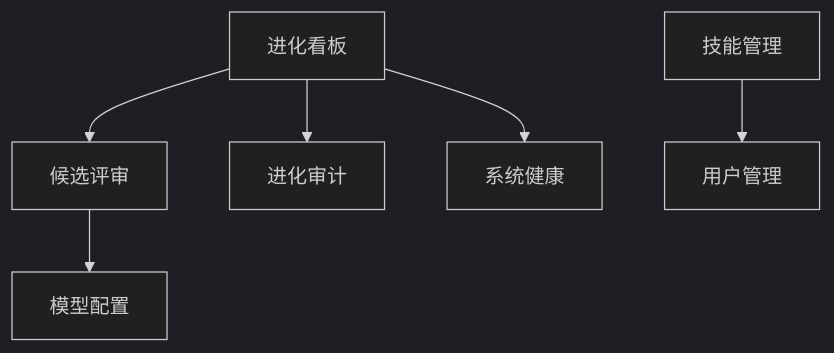
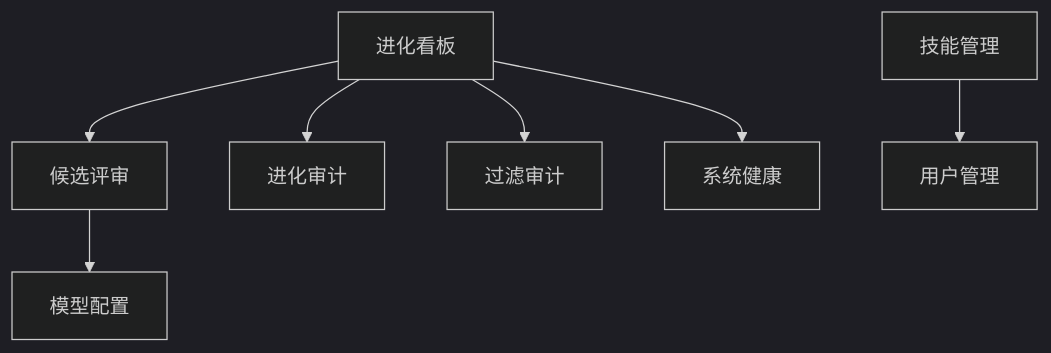
The second of 3 diagrams in README.md (leoriczhang/teamEvolver), drawn with Mermaid (dark theme) before and after one commit. The commit also changed other lines of this file and 1 other file, not shown here.

````diff
--- a/README.md
+++ b/README.md
@@ -206,16 +243,18 @@
 ```mermaid
 flowchart TB
     Home["进化看板"]
     Candidates["候选评审"]
     Audit["进化审计"]
+    Filter["过滤审计"]
     Health["系统健康"]
     Skills["技能管理"]
     Users["用户管理"]
     Model["模型配置"]
 
     Home --> Candidates
     Home --> Audit
+    Home --> Filter
     Home --> Health
     Skills --> Users
     Candidates --> Model
 ```
````
